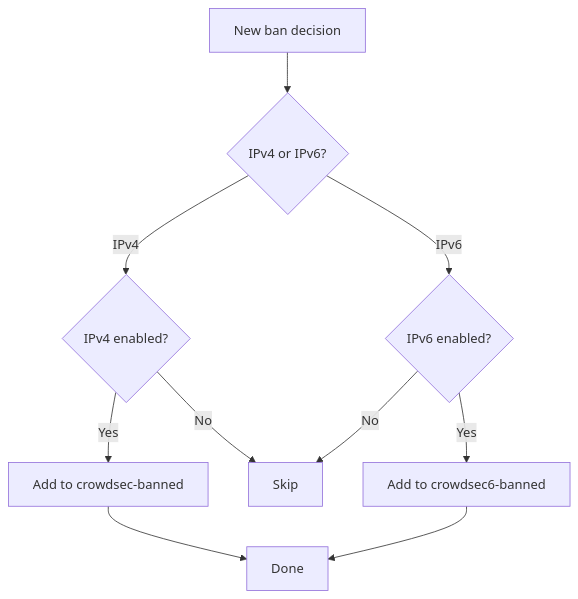
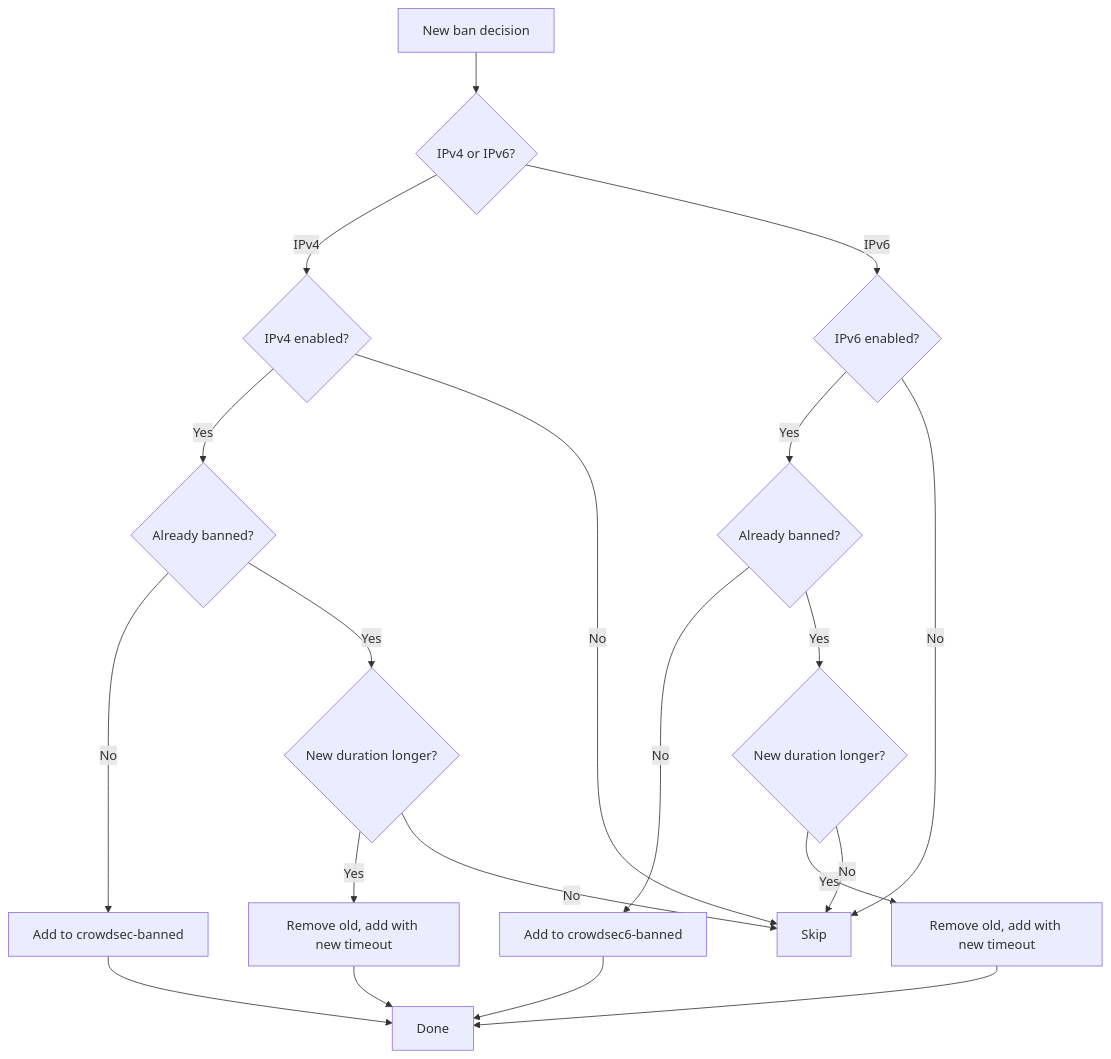
Before and after one commit to jmrplens/cs-routeros-bouncer: the diagram in docs/architecture/decisions.md, drawn with Mermaid. The commit also changed other lines of this file and 39 other files, not shown here.

````diff
--- a/docs/architecture/decisions.md
+++ b/docs/architecture/decisions.md
@@ -29,12 +29,22 @@
 ```mermaid
 flowchart TD
     D[New ban decision] --> Check{IPv4 or IPv6?}
     Check -->|IPv4| V4{IPv4 enabled?}
     Check -->|IPv6| V6{IPv6 enabled?}
-    V4 -->|Yes| Add4[Add to crowdsec-banned]
+    V4 -->|Yes| Dup4{Already banned?}
     V4 -->|No| Skip[Skip]
-    V6 -->|Yes| Add6[Add to crowdsec6-banned]
+    V6 -->|Yes| Dup6{Already banned?}
     V6 -->|No| Skip
+    Dup4 -->|No| Add4[Add to crowdsec-banned]
+    Dup4 -->|Yes| Cmp4{New duration longer?}
+    Cmp4 -->|Yes| Upd4[Remove old, add with new timeout]
+    Cmp4 -->|No| Skip
+    Dup6 -->|No| Add6[Add to crowdsec6-banned]
+    Dup6 -->|Yes| Cmp6{New duration longer?}
+    Cmp6 -->|Yes| Upd6[Remove old, add with new timeout]
+    Cmp6 -->|No| Skip
     Add4 --> Done[Done]
     Add6 --> Done
+    Upd4 --> Done
+    Upd6 --> Done
 ```
````
